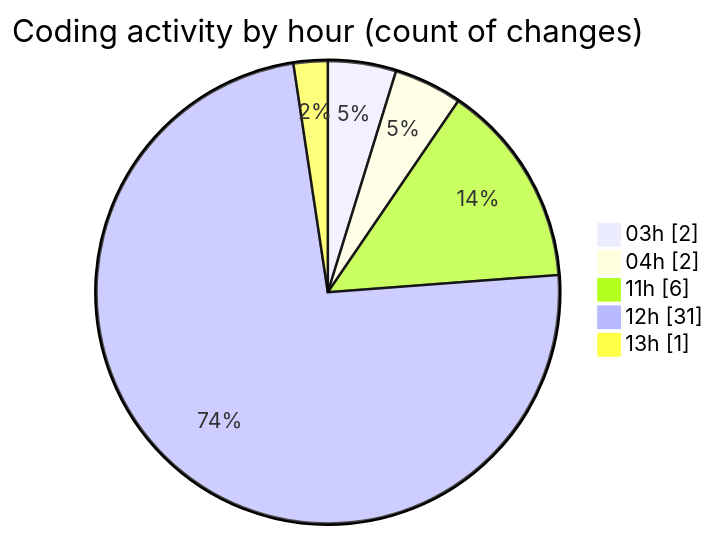
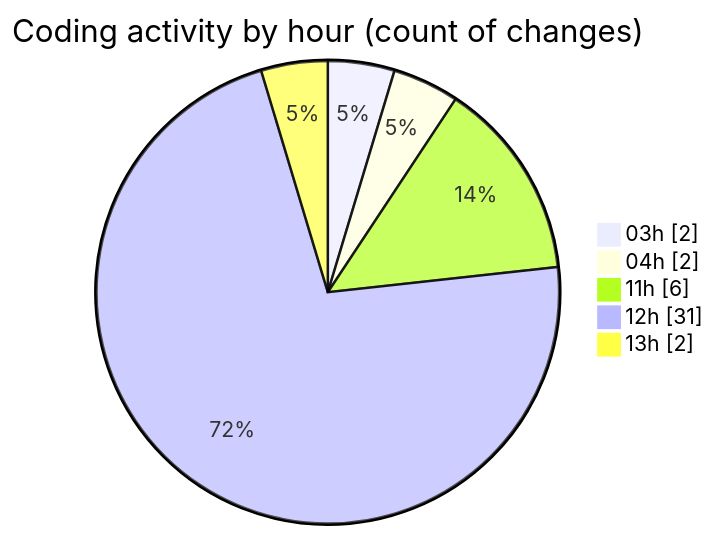
The second of 2 diagrams in 2025-07-04/cursor/README.md (FelipKnott/code-tracking), drawn with Mermaid before and after one commit. The commit also changed other lines of this file and 1 other file, not shown here.

````diff
--- a/2025-07-04/cursor/README.md
+++ b/2025-07-04/cursor/README.md
@@ -45,9 +45,9 @@
 ```mermaid
 pie showData
 title Coding activity by hour (count of changes)
 "03h" : 2
 "04h" : 2
 "11h" : 6
 "12h" : 31
-"13h" : 1
+"13h" : 2
 ```
````
